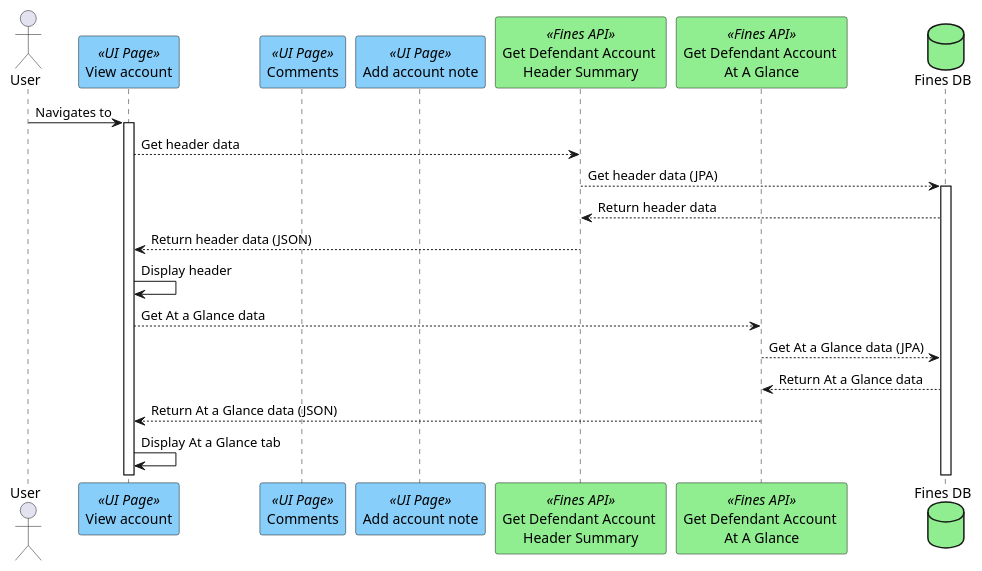
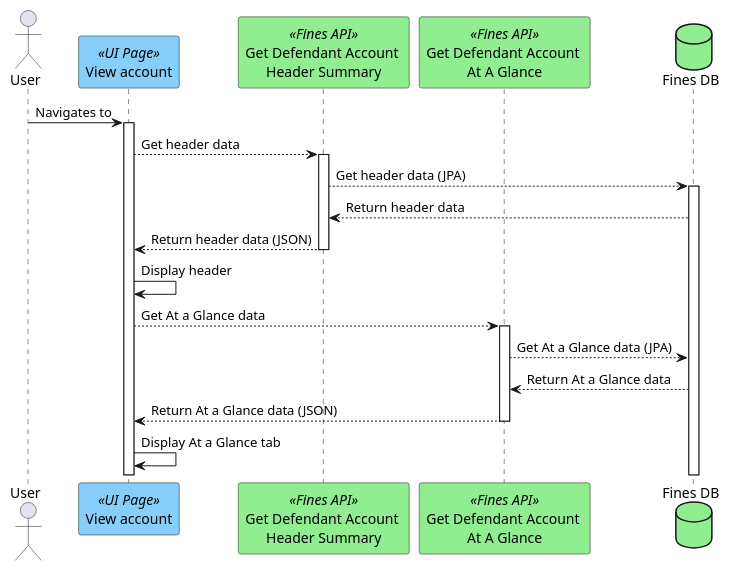
The diagram in plantUML/fae-view-defendant-account-summary/fae-account-header-summary.puml (hmcts/opal-docs), drawn with PlantUML before and after one commit.

Commit message:
view def account summary, amend comments and notes

```diff
--- a/plantUML/fae-view-defendant-account-summary/fae-account-header-summary.puml
+++ b/plantUML/fae-view-defendant-account-summary/fae-account-header-summary.puml
@@ -1,23 +1,23 @@
 @startuml
 actor "User" as user
 participant "View account" as viewAccount <<UI Page>> #lightskyblue
-participant "Comments" as comments <<UI Page>> #lightskyblue
-participant "Add account note" as addNote <<UI Page>> #lightskyblue
 participant "Get Defendant Account \nHeader Summary" as getHeaderApi <<Fines API>> #lightgreen
 participant "Get Defendant Account \nAt A Glance" as getAAGApi <<Fines API>> #lightgreen
 database "Fines DB" as db #lightgreen
 
 user ->  viewAccount ++ :Navigates to
-viewAccount --> getHeaderApi : Get header data
+viewAccount --> getHeaderApi ++: Get header data
 getHeaderApi --> db ++ : Get header data (JPA)
 db --> getHeaderApi : Return header data
 getHeaderApi --> viewAccount : Return header data (JSON)
+deactivate getHeaderApi
 viewAccount -> viewAccount : Display header
-viewAccount --> getAAGApi : Get At a Glance data
+viewAccount --> getAAGApi ++: Get At a Glance data
 getAAGApi --> db : Get At a Glance data (JPA)
 db --> getAAGApi : Return At a Glance data
 getAAGApi --> viewAccount : Return At a Glance data (JSON)
+deactivate getAAGApi
 viewAccount -> viewAccount : Display At a Glance tab
 
 
 @enduml
```
